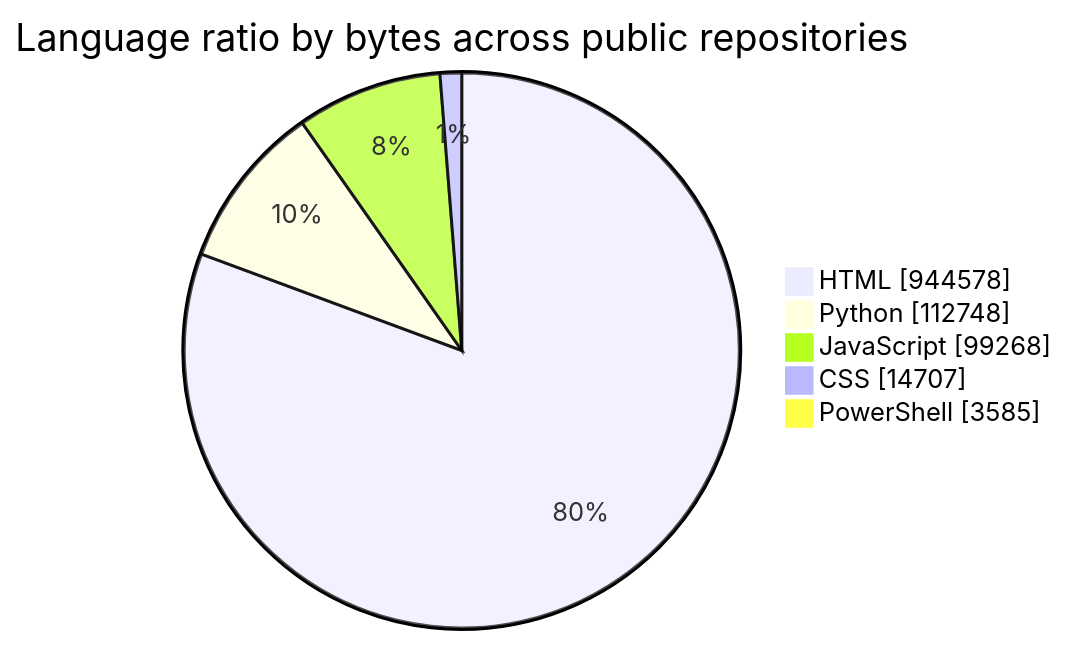
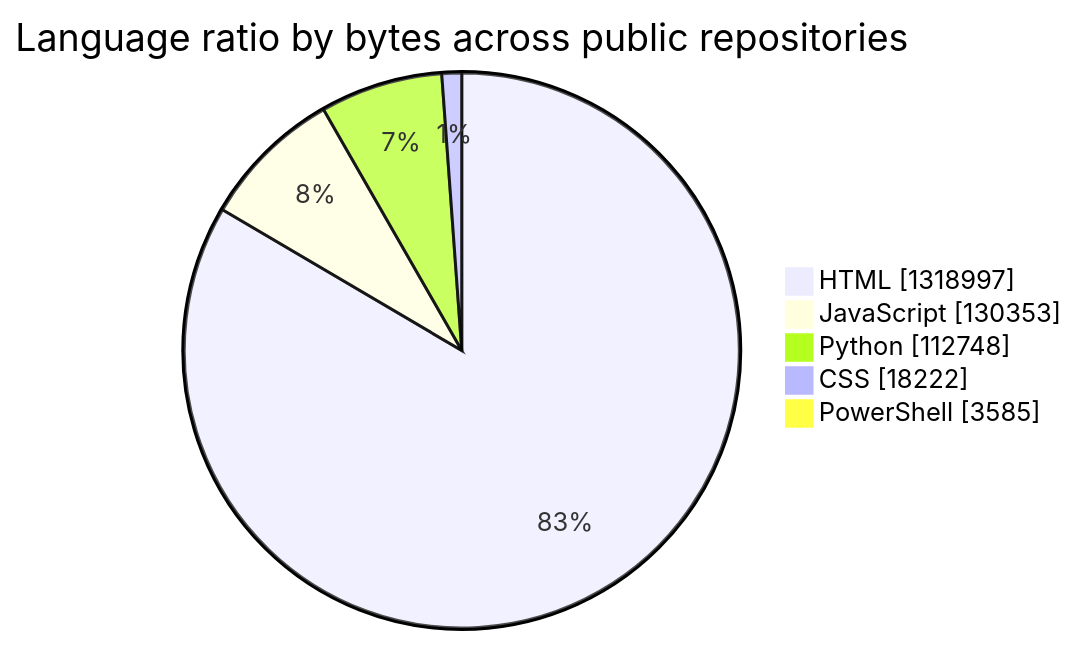
One commit to tchinso/tchinso changed the diagram in README.md. Above: the diagram before and after it, drawn with Mermaid. The commit also changed other lines of this file, not shown here.

````diff
--- a/README.md
+++ b/README.md
@@ -34,9 +34,9 @@
 ```mermaid
 pie showData
     title Language ratio by bytes across public repositories
-    "HTML" : 944578
+    "HTML" : 1318997
+    "JavaScript" : 130353
     "Python" : 112748
-    "JavaScript" : 99268
-    "CSS" : 14707
+    "CSS" : 18222
     "PowerShell" : 3585
 ```
````
